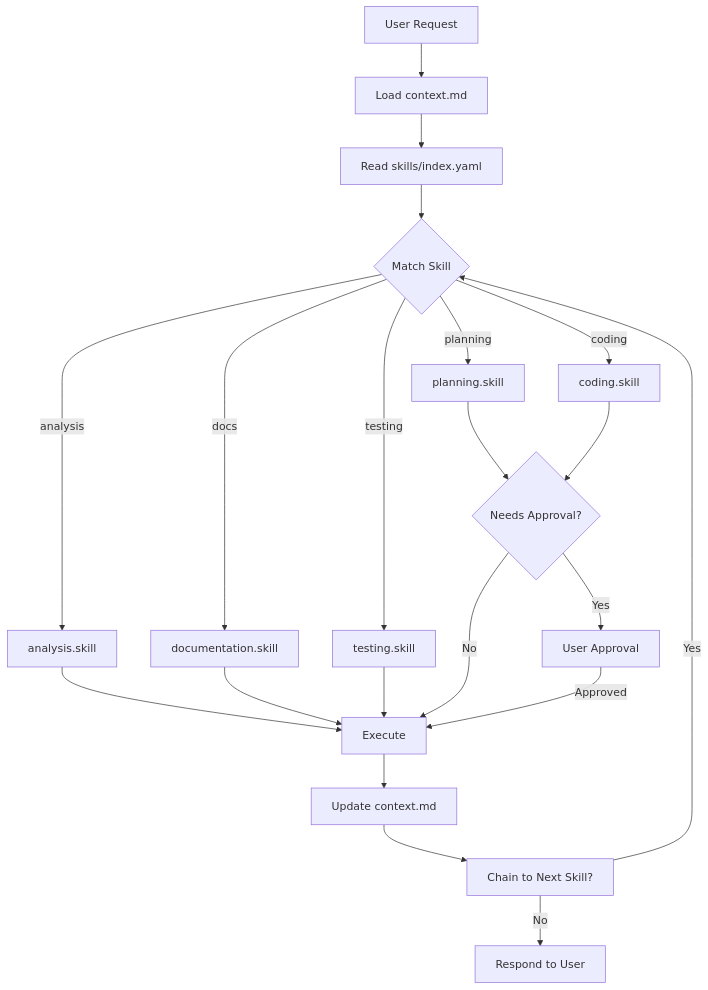
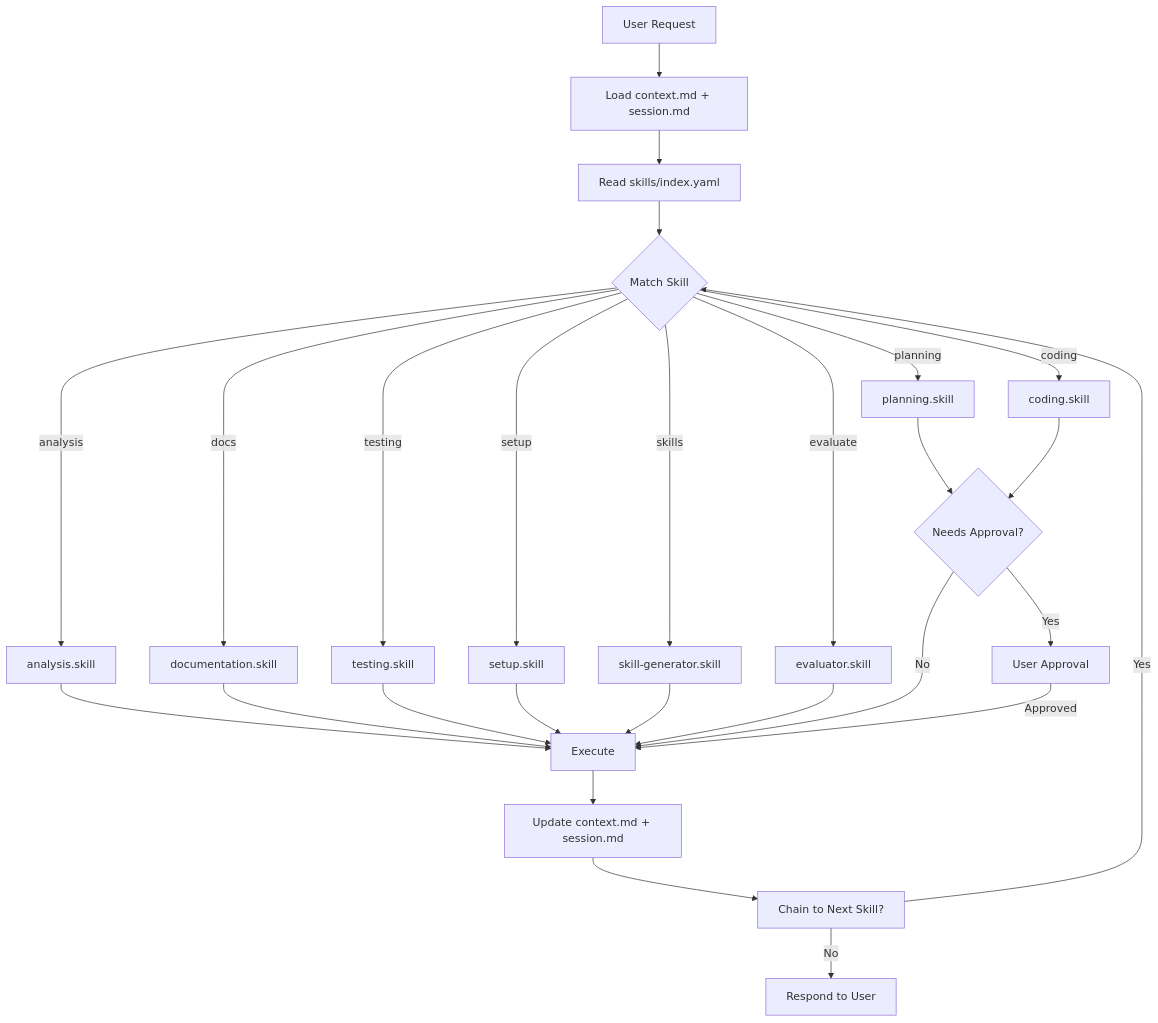
Before and after one commit to neyrojasj/smart-agent: the diagram in README.md, drawn with Mermaid. The commit also changed other lines of this file and 8 other files, not shown here.

First line of the commit message:
feat: add auto-improve mode, evaluator skill, and fix audit issues

````diff
--- a/README.md
+++ b/README.md
@@ -235,23 +279,29 @@
 ```mermaid
 graph TD
-    A[User Request] --> B[Load context.md]
+    A[User Request] --> B[Load context.md + session.md]
     B --> C[Read skills/index.yaml]
     C --> D{Match Skill}
     D -->|planning| E[planning.skill]
     D -->|coding| F[coding.skill]
     D -->|analysis| G[analysis.skill]
     D -->|docs| H[documentation.skill]
     D -->|testing| I[testing.skill]
+    D -->|setup| S[setup.skill]
+    D -->|skills| SG[skill-generator.skill]
+    D -->|evaluate| EV[evaluator.skill]
     E --> J{Needs Approval?}
     F --> J
     G --> K[Execute]
     H --> K
     I --> K
+    S --> K
+    SG --> K
+    EV --> K
     J -->|Yes| L[User Approval]
     J -->|No| K
     L -->|Approved| K
-    K --> M[Update context.md]
+    K --> M[Update context.md + session.md]
     M --> N[Chain to Next Skill?]
     N -->|Yes| D
     N -->|No| O[Respond to User]
 ```
````
